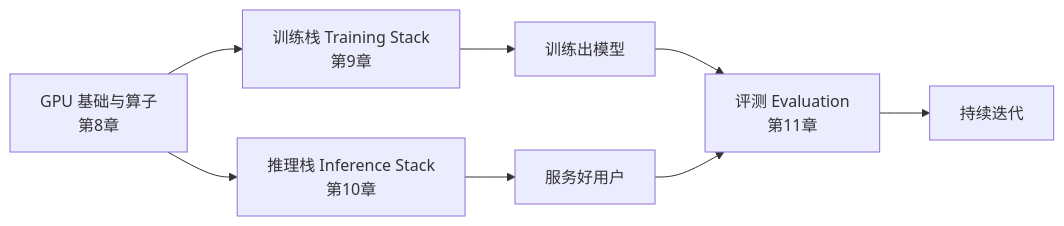
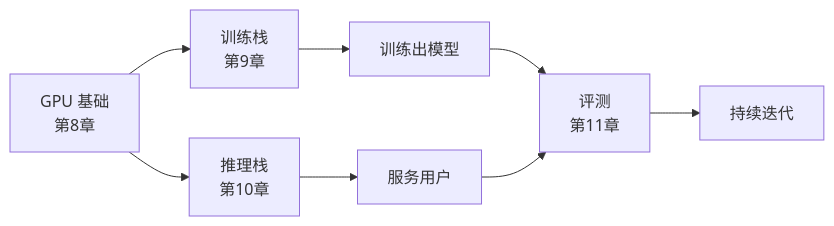
Before and after one commit to AI-learning-simple/Build-Your-Own-LLM: the second of 2 diagrams in 2. Alignment 与训练工程/12. 第二部分总结——从基础模型到现代 AI 助手.md, drawn with Mermaid. The commit also changed other lines of this file and 65 other files, not shown here.

````diff
--- a/2. Alignment 与训练工程/12. 第二部分总结——从基础模型到现代 AI 助手.md
+++ b/2. Alignment 与训练工程/12. 第二部分总结——从基础模型到现代 AI 助手.md
@@ -47,8 +65,8 @@
 ```mermaid
 flowchart LR
-    G[GPU 基础与算子<br/>第8章] --> A[训练栈 Training Stack<br/>第9章] --> C[训练出模型]
-    G --> B[推理栈 Inference Stack<br/>第10章] --> D[服务好用户]
-    C --> E[评测 Evaluation<br/>第11章]
+    G[GPU 基础<br/>第8章] --> A[训练栈<br/>第9章] --> C[训练出模型]
+    G --> B[推理栈<br/>第10章] --> D[服务用户]
+    C --> E[评测<br/>第11章]
     D --> E
     E --> F[持续迭代]
 ```
````
